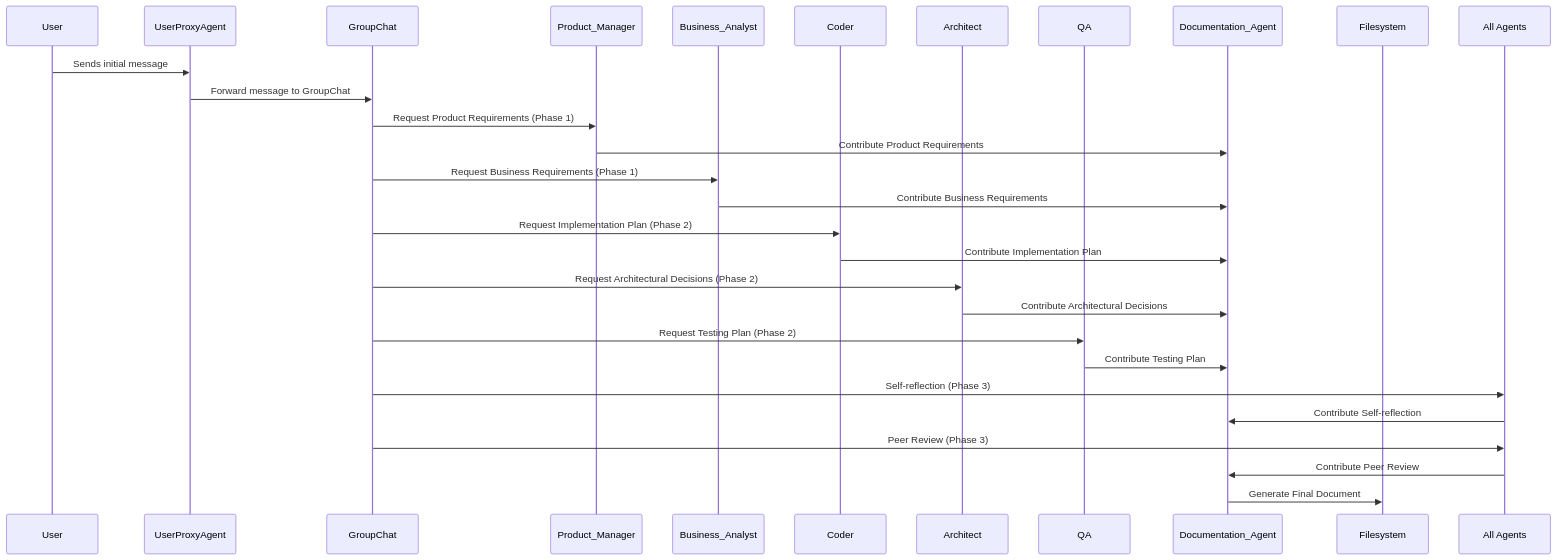
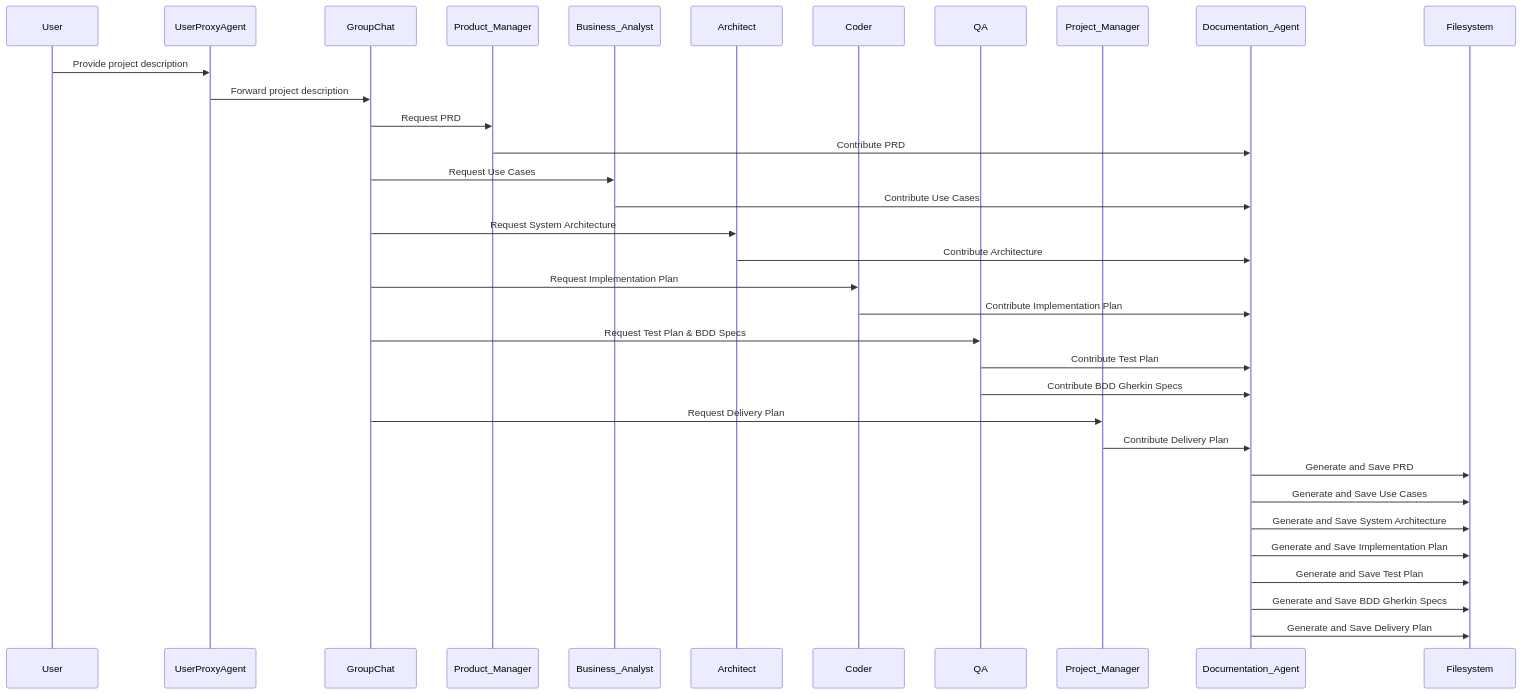
The second of 2 diagrams in README.md (GTuritto/Demos4Course), drawn with Mermaid before and after one commit. The commit also changed other lines of this file, not shown here.

````diff
--- a/README.md
+++ b/README.md
@@ -86,35 +84,39 @@
 ```mermaid
 sequenceDiagram
     participant User
     participant UserProxyAgent
     participant GroupChat
     participant Product_Manager
     participant Business_Analyst
+    participant Architect
     participant Coder
-    participant Architect
     participant QA
+    participant Project_Manager
     participant Documentation_Agent
     participant Filesystem
 
-    User ->> UserProxyAgent: Sends initial message
-    UserProxyAgent ->> GroupChat: Forward message to GroupChat
-    GroupChat ->> Product_Manager: Request Product Requirements (Phase 1)
-    Product_Manager ->> Documentation_Agent: Contribute Product Requirements
-    GroupChat ->> Business_Analyst: Request Business Requirements (Phase 1)
-    Business_Analyst ->> Documentation_Agent: Contribute Business Requirements
+    User ->> UserProxyAgent: Provide project description
+    UserProxyAgent ->> GroupChat: Forward project description
+    GroupChat ->> Product_Manager: Request PRD
+    Product_Manager ->> Documentation_Agent: Contribute PRD
+    GroupChat ->> Business_Analyst: Request Use Cases
+    Business_Analyst ->> Documentation_Agent: Contribute Use Cases
+    GroupChat ->> Architect: Request System Architecture
+    Architect ->> Documentation_Agent: Contribute Architecture
+    GroupChat ->> Coder: Request Implementation Plan
+    Coder ->> Documentation_Agent: Contribute Implementation Plan
+    GroupChat ->> QA: Request Test Plan & BDD Specs
+    QA ->> Documentation_Agent: Contribute Test Plan
+    QA ->> Documentation_Agent: Contribute BDD Gherkin Specs
+    GroupChat ->> Project_Manager: Request Delivery Plan
+    Project_Manager ->> Documentation_Agent: Contribute Delivery Plan
+    
+    Documentation_Agent ->> Filesystem: Generate and Save PRD
+    Documentation_Agent ->> Filesystem: Generate and Save Use Cases
+    Documentation_Agent ->> Filesystem: Generate and Save System Architecture
+    Documentation_Agent ->> Filesystem: Generate and Save Implementation Plan
+    Documentation_Agent ->> Filesystem: Generate and Save Test Plan
+    Documentation_Agent ->> Filesystem: Generate and Save BDD Gherkin Specs
+    Documentation_Agent ->> Filesystem: Generate and Save Delivery Plan
 
-    GroupChat ->> Coder: Request Implementation Plan (Phase 2)
-    Coder ->> Documentation_Agent: Contribute Implementation Plan
-    GroupChat ->> Architect: Request Architectural Decisions (Phase 2)
-    Architect ->> Documentation_Agent: Contribute Architectural Decisions
-    GroupChat ->> QA: Request Testing Plan (Phase 2)
-    QA ->> Documentation_Agent: Contribute Testing Plan
-
-    GroupChat ->> All Agents: Self-reflection (Phase 3)
-    All Agents ->> Documentation_Agent: Contribute Self-reflection
-
-    GroupChat ->> All Agents: Peer Review (Phase 3)
-    All Agents ->> Documentation_Agent: Contribute Peer Review
-
-    Documentation_Agent ->> Filesystem: Generate Final Document
 ```
````
